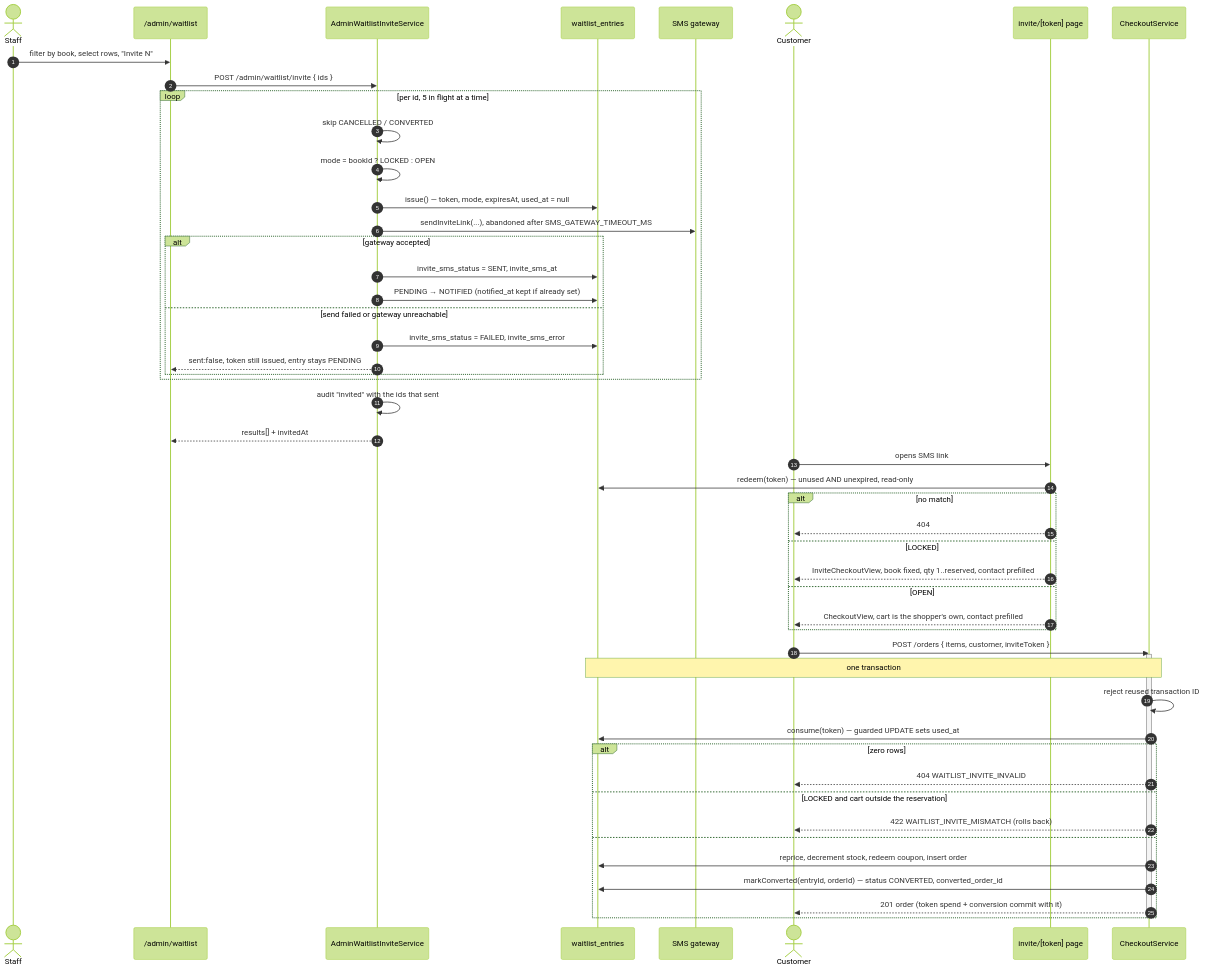
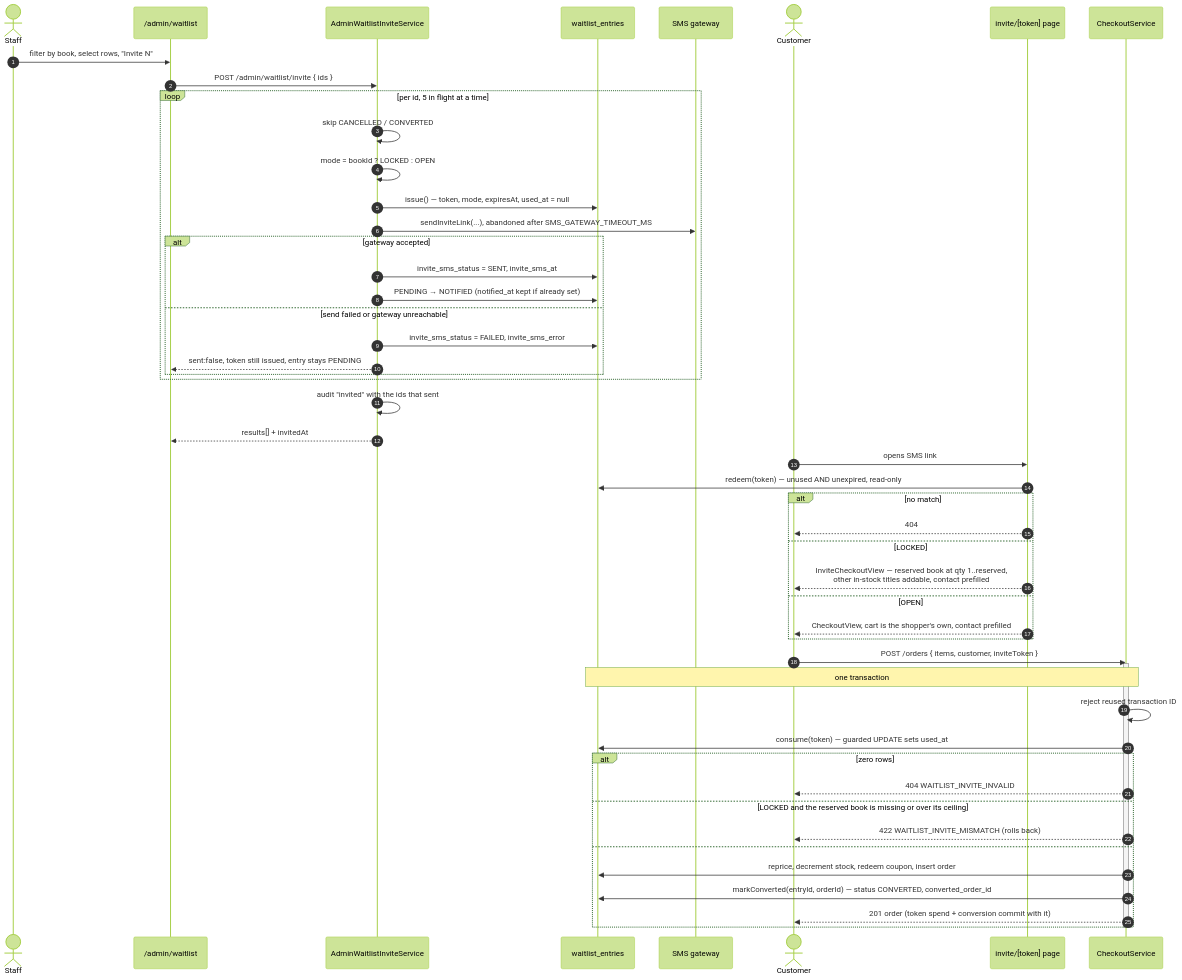
Before and after one commit to mrahmann0010/Sakura-Book: the second of 3 diagrams in docs/waitlist-invite-flow.md, drawn with Mermaid (forest theme). The commit also changed other lines of this file and 10 other files, not shown here.

````diff
--- a/docs/waitlist-invite-flow.md
+++ b/docs/waitlist-invite-flow.md
@@ -56,56 +56,56 @@
 ```mermaid
 sequenceDiagram
   autonumber
   actor Staff
   participant Panel as /admin/waitlist
   participant Api as AdminWaitlistInviteService
   participant Db as waitlist_entries
   participant Gw as SMS gateway
   actor Cust as Customer
   participant Page as invite/[token] page
   participant Co as CheckoutService
 
   Staff->>Panel: filter by book, select rows, "Invite N"
   Panel->>Api: POST /admin/waitlist/invite { ids }
   loop per id, 5 in flight at a time
     Api->>Api: skip CANCELLED / CONVERTED
     Api->>Api: mode = bookId ? LOCKED : OPEN
     Api->>Db: issue() — token, mode, expiresAt, used_at = null
     Api->>Gw: sendInviteLink(...), abandoned after SMS_GATEWAY_TIMEOUT_MS
     alt gateway accepted
       Api->>Db: invite_sms_status = SENT, invite_sms_at
       Api->>Db: PENDING → NOTIFIED (notified_at kept if already set)
     else send failed or gateway unreachable
       Api->>Db: invite_sms_status = FAILED, invite_sms_error
       Api-->>Panel: sent:false, token still issued, entry stays PENDING
     end
   end
   Api->>Api: audit "invited" with the ids that sent
   Api-->>Panel: results[] + invitedAt
 
   Cust->>Page: opens SMS link
   Page->>Db: redeem(token) — unused AND unexpired, read-only
   alt no match
     Page-->>Cust: 404
   else LOCKED
-    Page-->>Cust: InviteCheckoutView, book fixed, qty 1..reserved, contact prefilled
+    Page-->>Cust: InviteCheckoutView — reserved book at qty 1..reserved,<br/>other in-stock titles addable, contact prefilled
   else OPEN
     Page-->>Cust: CheckoutView, cart is the shopper's own, contact prefilled
   end
 
   Cust->>Co: POST /orders { items, customer, inviteToken }
   activate Co
   Note over Co,Db: one transaction
   Co->>Co: reject reused transaction ID
   Co->>Db: consume(token) — guarded UPDATE sets used_at
   alt zero rows
     Co-->>Cust: 404 WAITLIST_INVITE_INVALID
-  else LOCKED and cart outside the reservation
+  else LOCKED and the reserved book is missing or over its ceiling
     Co-->>Cust: 422 WAITLIST_INVITE_MISMATCH (rolls back)
   else
     Co->>Db: reprice, decrement stock, redeem coupon, insert order
     Co->>Db: markConverted(entryId, orderId) — status CONVERTED, converted_order_id
     Co-->>Cust: 201 order (token spend + conversion commit with it)
   end
   deactivate Co
 ```
````
